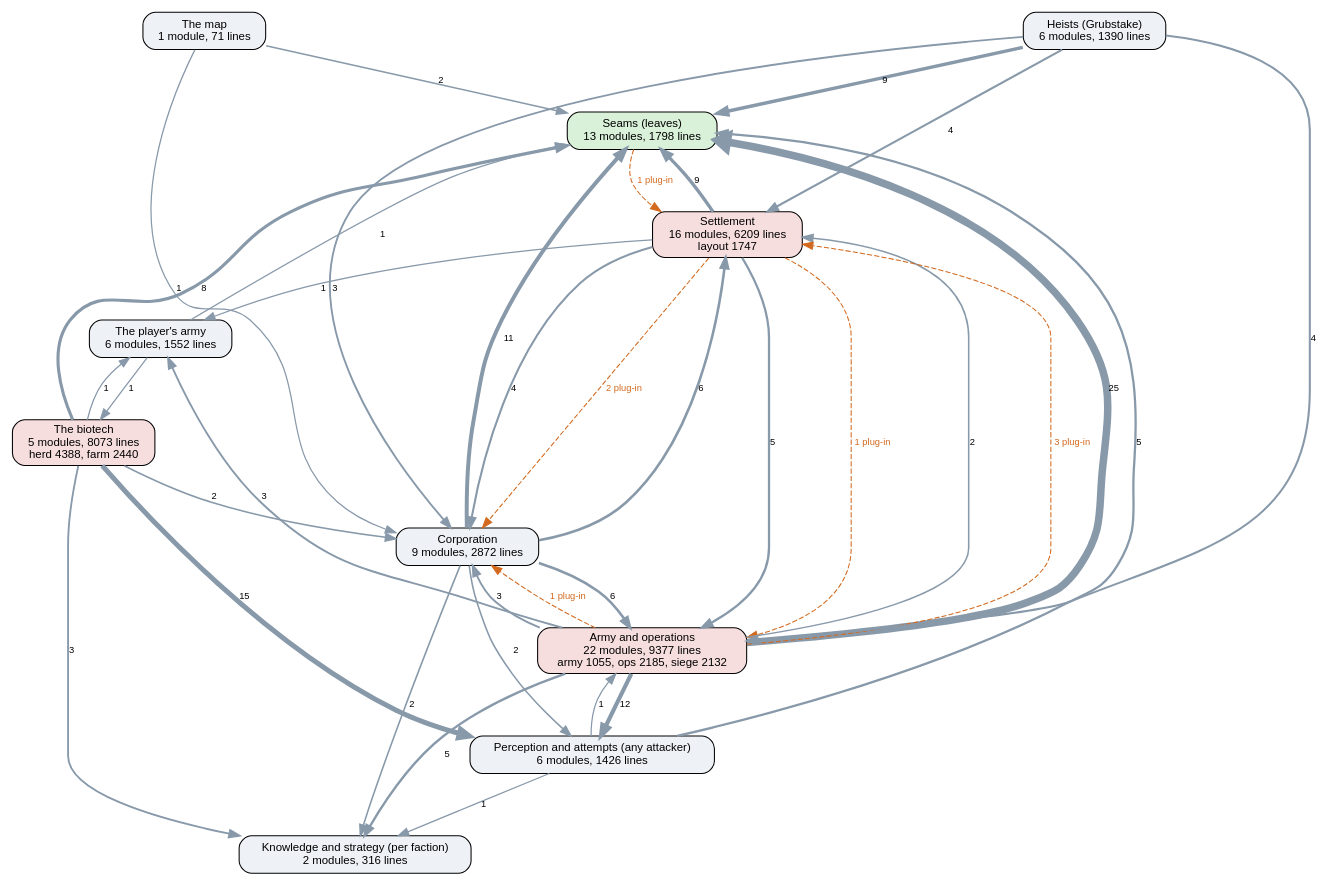
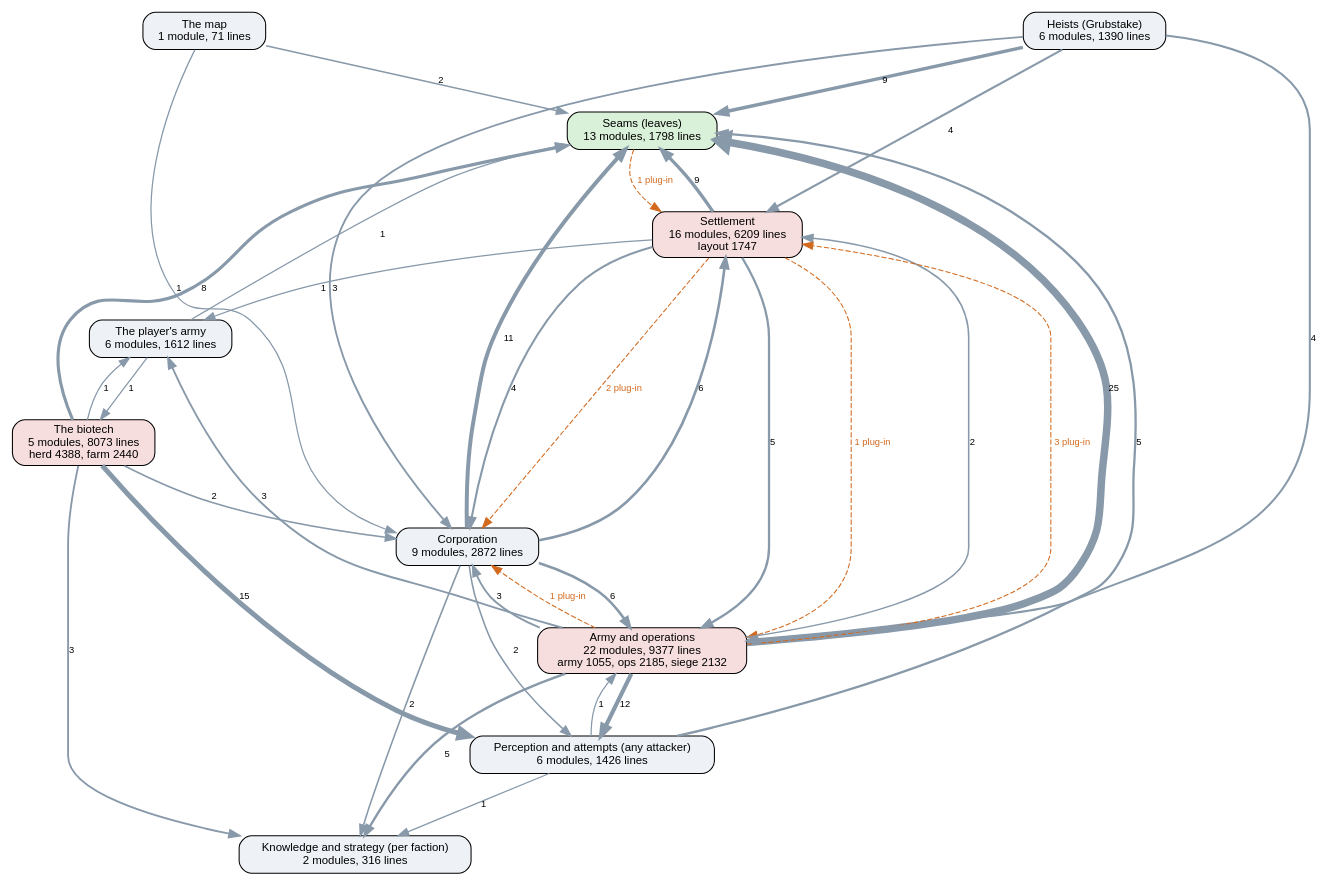
Before and after one commit to kinelhu/landing-party: the diagram in docs/ai-layers.dot, drawn with Graphviz. The commit also changed 10 other files, not shown here.

```diff
--- a/docs/ai-layers.dot
+++ b/docs/ai-layers.dot
@@ -1,51 +1,51 @@
 digraph layers {
   graph [rankdir=TB, fontname="Helvetica", nodesep=0.5, ranksep=0.7];
   node [shape=box, style="rounded,filled", fontname="Helvetica", fontsize=11, fillcolor="#eef2f7"];
   edge [color="#8899aa", fontname="Helvetica", fontsize=9];
   "Seams (leaves)" [label="Seams (leaves)\n13 modules, 1798 lines", fillcolor="#d9f0d9"];
   "Perception and attempts (any attacker)" [label="Perception and attempts (any attacker)\n6 modules, 1426 lines", fillcolor="#eef2f7"];
   "Knowledge and strategy (per faction)" [label="Knowledge and strategy (per faction)\n2 modules, 316 lines", fillcolor="#eef2f7"];
   "Corporation" [label="Corporation\n9 modules, 2872 lines", fillcolor="#eef2f7"];
   "Settlement" [label="Settlement\n16 modules, 6209 lines\nlayout 1747", fillcolor="#f7dede"];
   "Army and operations" [label="Army and operations\n22 modules, 9377 lines\narmy 1055, ops 2185, siege 2132", fillcolor="#f7dede"];
   "Heists (Grubstake)" [label="Heists (Grubstake)\n6 modules, 1390 lines", fillcolor="#eef2f7"];
   "The biotech" [label="The biotech\n5 modules, 8073 lines\nherd 4388, farm 2440", fillcolor="#f7dede"];
   "The map" [label="The map\n1 module, 71 lines", fillcolor="#eef2f7"];
-  "The player's army" [label="The player's army\n6 modules, 1552 lines", fillcolor="#eef2f7"];
+  "The player's army" [label="The player's army\n6 modules, 1612 lines", fillcolor="#eef2f7"];
   "Army and operations" -> "Corporation" [label="3", penwidth=1.8];
   "Army and operations" -> "Knowledge and strategy (per faction)" [label="5", penwidth=2.2];
   "Army and operations" -> "Perception and attempts (any attacker)" [label="12", penwidth=4.0];
   "Army and operations" -> "Seams (leaves)" [label="25", penwidth=7.2];
   "Army and operations" -> "Settlement" [label="2", penwidth=1.5];
   "Army and operations" -> "The player's army" [label="3", penwidth=1.8];
   "Corporation" -> "Army and operations" [label="6", penwidth=2.5];
   "Corporation" -> "Knowledge and strategy (per faction)" [label="2", penwidth=1.5];
   "Corporation" -> "Perception and attempts (any attacker)" [label="2", penwidth=1.5];
   "Corporation" -> "Seams (leaves)" [label="11", penwidth=3.8];
   "Corporation" -> "Settlement" [label="6", penwidth=2.5];
   "Heists (Grubstake)" -> "Army and operations" [label="4", penwidth=2.0];
   "Heists (Grubstake)" -> "Corporation" [label="3", penwidth=1.8];
   "Heists (Grubstake)" -> "Seams (leaves)" [label="9", penwidth=3.2];
   "Heists (Grubstake)" -> "Settlement" [label="4", penwidth=2.0];
   "Perception and attempts (any attacker)" -> "Army and operations" [label="1", penwidth=1.2];
   "Perception and attempts (any attacker)" -> "Knowledge and strategy (per faction)" [label="1", penwidth=1.2];
   "Perception and attempts (any attacker)" -> "Seams (leaves)" [label="5", penwidth=2.2];
   "Settlement" -> "Army and operations" [label="5", penwidth=2.2];
   "Settlement" -> "Corporation" [label="4", penwidth=2.0];
   "Settlement" -> "Seams (leaves)" [label="9", penwidth=3.2];
   "Settlement" -> "The player's army" [label="1", penwidth=1.2];
   "The biotech" -> "Corporation" [label="2", penwidth=1.5];
   "The biotech" -> "Knowledge and strategy (per faction)" [label="3", penwidth=1.8];
   "The biotech" -> "Perception and attempts (any attacker)" [label="15", penwidth=4.8];
   "The biotech" -> "Seams (leaves)" [label="8", penwidth=3.0];
   "The biotech" -> "The player's army" [label="1", penwidth=1.2];
   "The map" -> "Corporation" [label="1", penwidth=1.2];
   "The map" -> "Seams (leaves)" [label="2", penwidth=1.5];
   "The player's army" -> "Seams (leaves)" [label="1", penwidth=1.2];
   "The player's army" -> "The biotech" [label="1", penwidth=1.2];
   "Army and operations" -> "Corporation" [style=dashed, color="#d2691e", fontcolor="#d2691e", label="1 plug-in"];
   "Army and operations" -> "Settlement" [style=dashed, color="#d2691e", fontcolor="#d2691e", label="3 plug-in"];
   "Seams (leaves)" -> "Settlement" [style=dashed, color="#d2691e", fontcolor="#d2691e", label="1 plug-in"];
   "Settlement" -> "Army and operations" [style=dashed, color="#d2691e", fontcolor="#d2691e", label="1 plug-in"];
   "Settlement" -> "Corporation" [style=dashed, color="#d2691e", fontcolor="#d2691e", label="2 plug-in"];
 }
```
